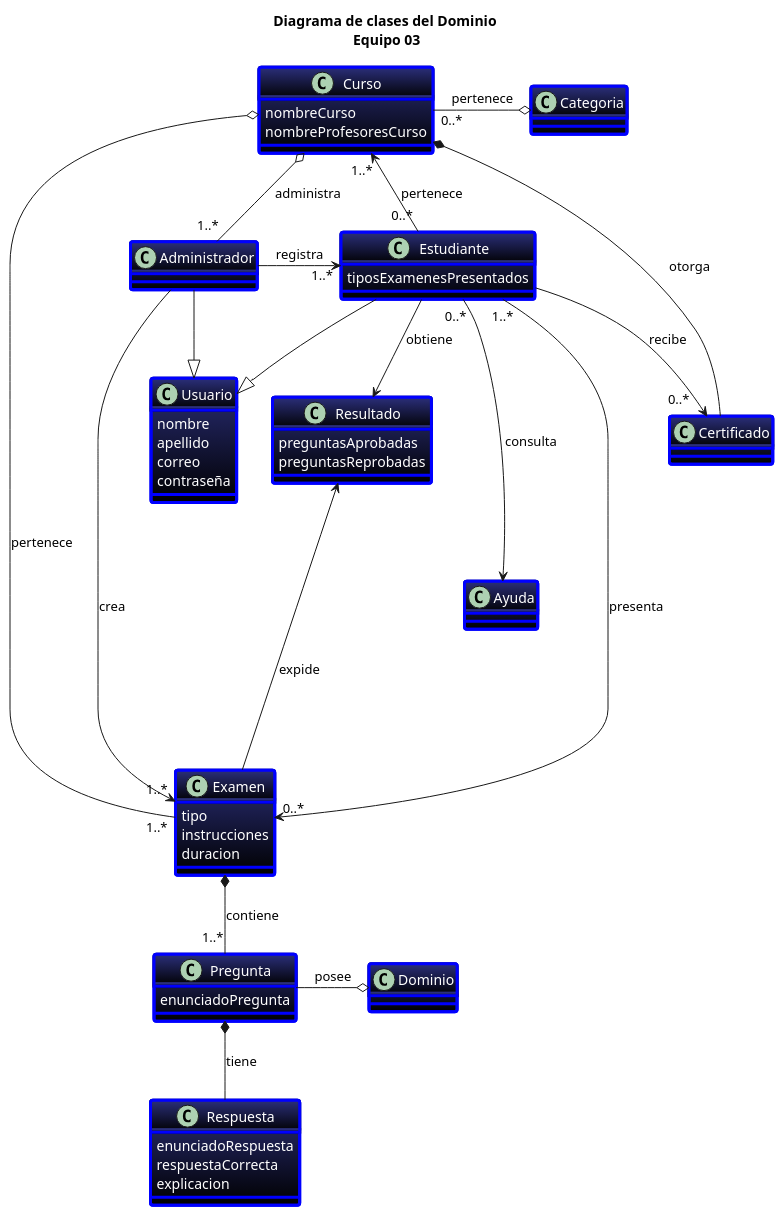
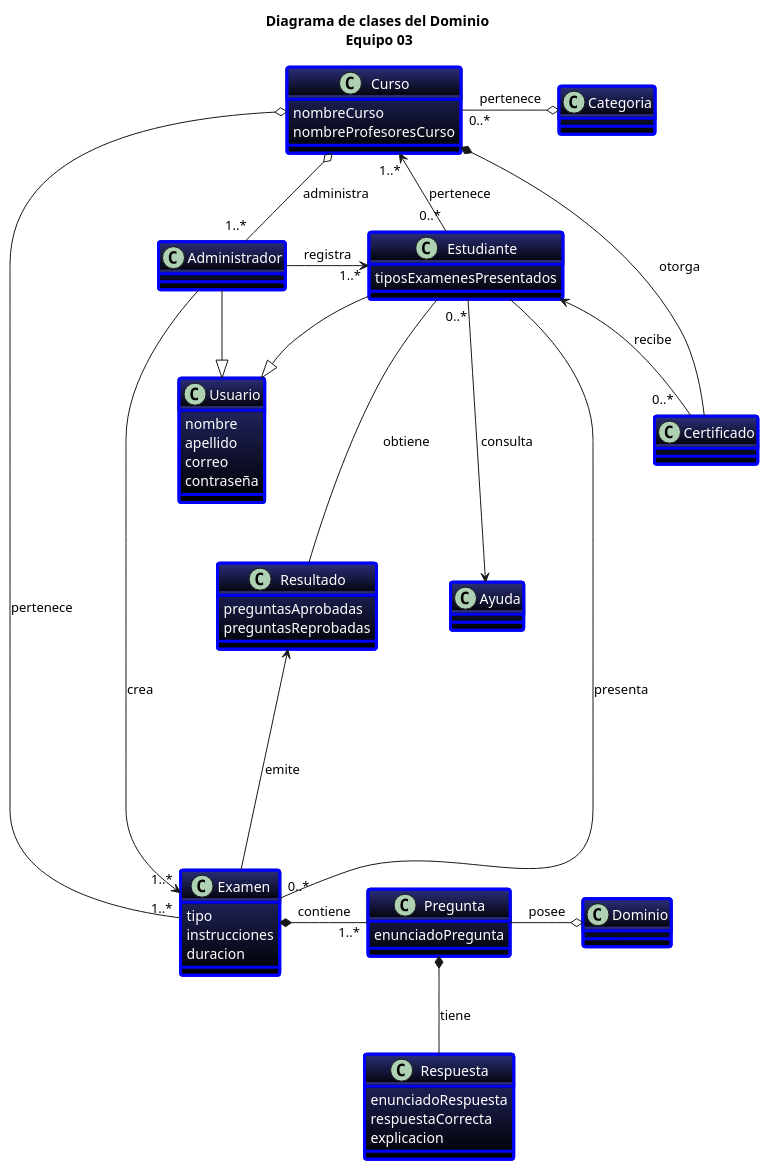
One commit to febres35/EdTech_IS changed the diagram in docs/scenariosView/diagramaClasesDominio.plantuml. Above: the diagram before and after it, drawn with PlantUML. The commit also changed 1 other file, not shown here.

Commit message:
Cambios diagrama de clases

```diff
--- a/docs/scenariosView/diagramaClasesDominio.plantuml
+++ b/docs/scenariosView/diagramaClasesDominio.plantuml
@@ -1,78 +1,78 @@
 @startuml "Diagrama de clases"
 
 title "Diagrama de clases del Dominio\n Equipo 03"
 
 skinparam Class{
   BackgroundColor 2B2F7B-black
   AttributeFontColor white
   BorderThickness 3
   BorderColor blue
 }
 class Usuario{
   nombre
   apellido
   correo
   contraseña 
 }
 class Administrador
 
 class Estudiante{
   tiposExamenesPresentados
 }
 
 class Ayuda
 
 class Curso{
   nombreCurso
   nombreProfesoresCurso
 }
 class Categoria
 
 class Examen{
   tipo
   instrucciones
   duracion
 }
 class Resultado{
   preguntasAprobadas
   preguntasReprobadas
 }
 
 class Pregunta{
   enunciadoPregunta
 }
 
 class Dominio
 
 class Respuesta{
   enunciadoRespuesta
   respuestaCorrecta
   explicacion
 }
 class Certificado{
 }
 
 Usuario <|-left- Administrador
 Usuario <|-up- Estudiante
 
 Administrador --> "1..*"Examen: crea
 Administrador -right-> "     1..*"Estudiante: registra
 Administrador "    1..*"-up-o Curso: administra
 
 Estudiante "0..*"-right->"    1..*"Curso: pertenece
-Estudiante "1..*"-right-> "0..* "Examen: presenta
-Estudiante --> "0..*   "Certificado: recibe
+Estudiante -right- "0..*"Examen: presenta
+Estudiante <-- "0..*   "Certificado: recibe
 Estudiante "0..*"---> Ayuda: consulta
-Estudiante --> Resultado: "obtiene     "
+Estudiante --- Resultado: "obtiene          "
 
-Examen *-down- "1..*"Pregunta: contiene
-Examen -up---> Resultado: expide
+Examen *-right- "1..*"Pregunta: contiene
+Examen -up---> Resultado: emite
 
 Pregunta *-down- Respuesta: tiene
 Pregunta -right-o Dominio: posee
 
 Curso "0..*" -right-o Categoria: pertenece
 Curso o----- "1..*"Examen: pertenece
 Curso *- Certificado: otorga
 
 @enduml
```
